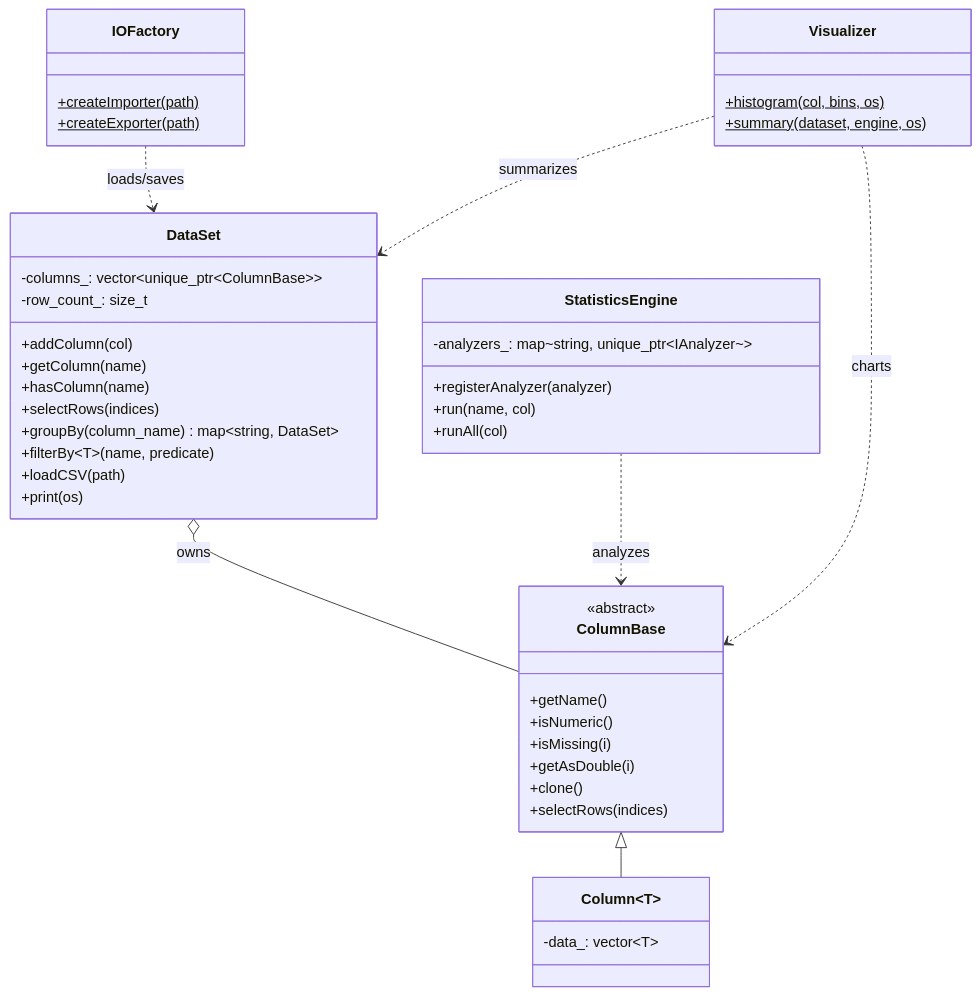
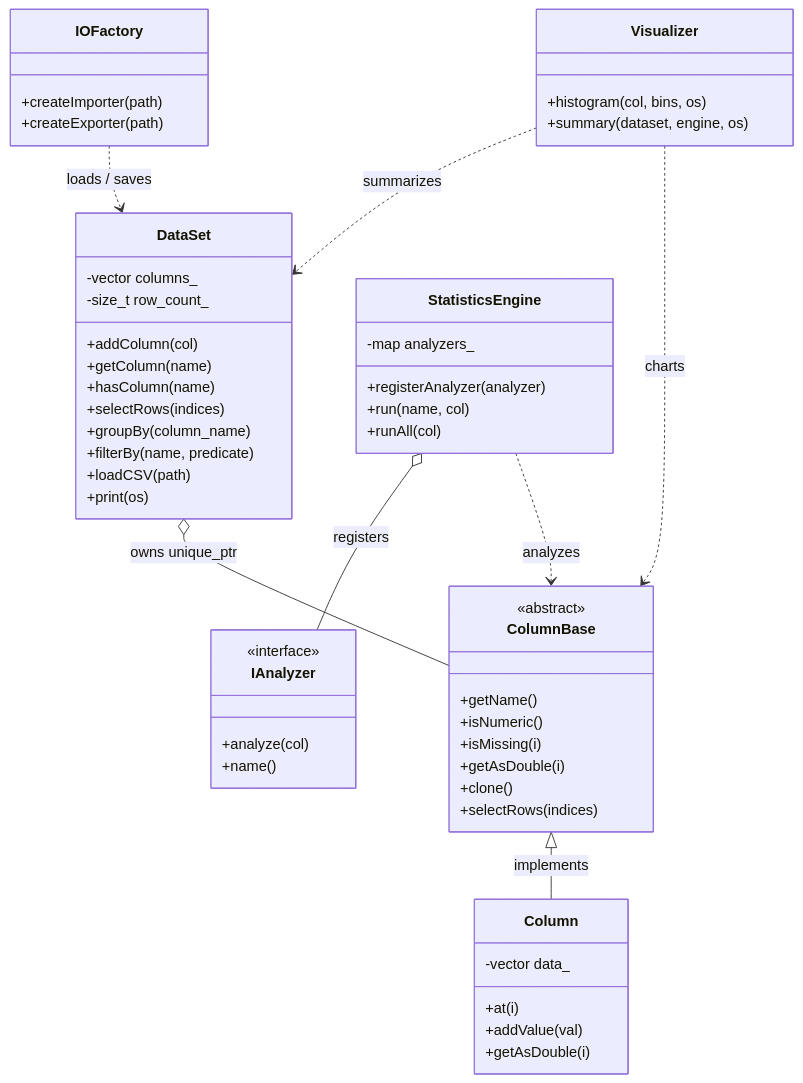
The diagram in README.md (Soumya-Gupta7765/PPC_Data_Analytics_Library), drawn with Mermaid before and after one commit. The commit also changed other lines of this file, not shown here.

Commit message:
Fix KaTeX LaTeX underscores and Mermaid UML diagram syntax

````diff
--- a/README.md
+++ b/README.md
@@ -108,53 +108,63 @@
 ```mermaid
 classDiagram
     class DataSet {
-        -columns_: vector~unique_ptr~ColumnBase~~
-        -row_count_: size_t
+        -vector columns_
+        -size_t row_count_
         +addColumn(col)
         +getColumn(name)
         +hasColumn(name)
         +selectRows(indices)
-        +groupBy(column_name) map~string, DataSet~
-        +filterBy~T~(name, predicate)
+        +groupBy(column_name)
+        +filterBy(name, predicate)
         +loadCSV(path)
         +print(os)
     }
 
     class ColumnBase {
         <<abstract>>
         +getName()
         +isNumeric()
         +isMissing(i)
         +getAsDouble(i)
         +clone()
         +selectRows(indices)
     }
 
-    class Column~T~ {
-        -data_: vector~T~
+    class Column {
+        -vector data_
+        +at(i)
+        +addValue(val)
+        +getAsDouble(i)
     }
 
     class StatisticsEngine {
-        -analyzers_: map~string, unique_ptr~IAnalyzer~~
+        -map analyzers_
         +registerAnalyzer(analyzer)
         +run(name, col)
         +runAll(col)
     }
 
+    class IAnalyzer {
+        <<interface>>
+        +analyze(col)
+        +name()
+    }
+
     class IOFactory {
-        +createImporter(path)$
-        +createExporter(path)$
+        +createImporter(path)
+        +createExporter(path)
     }
 
     class Visualizer {
-        +histogram(col, bins, os)$
-        +summary(dataset, engine, os)$
+        +histogram(col, bins, os)
+        +summary(dataset, engine, os)
     }
 
-    ColumnBase <|-- Column~T~
-    DataSet o-- ColumnBase : owns
+    ColumnBase <|-- Column : implements
+    DataSet o-- ColumnBase : owns unique_ptr
+    StatisticsEngine o-- IAnalyzer : registers
     StatisticsEngine ..> ColumnBase : analyzes
     Visualizer ..> DataSet : summarizes
     Visualizer ..> ColumnBase : charts
-    IOFactory ..> DataSet : loads/saves
+    IOFactory ..> DataSet : loads / saves
 ```
````
